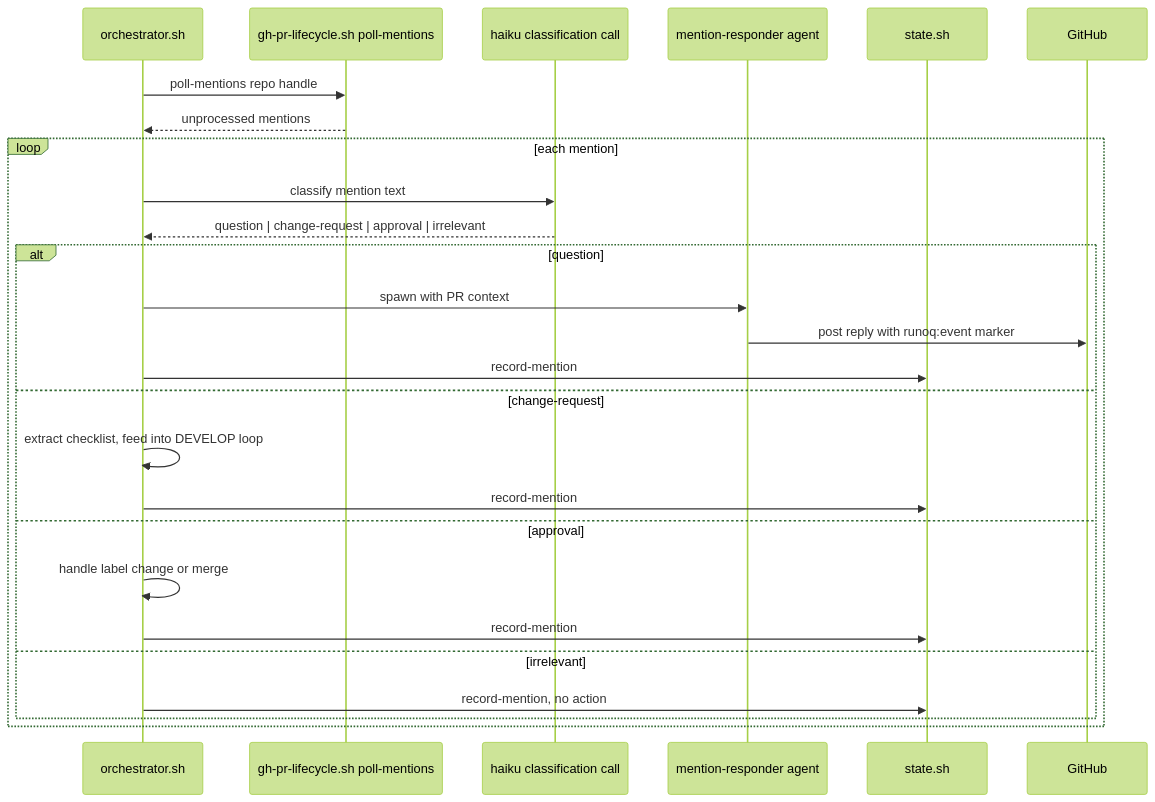
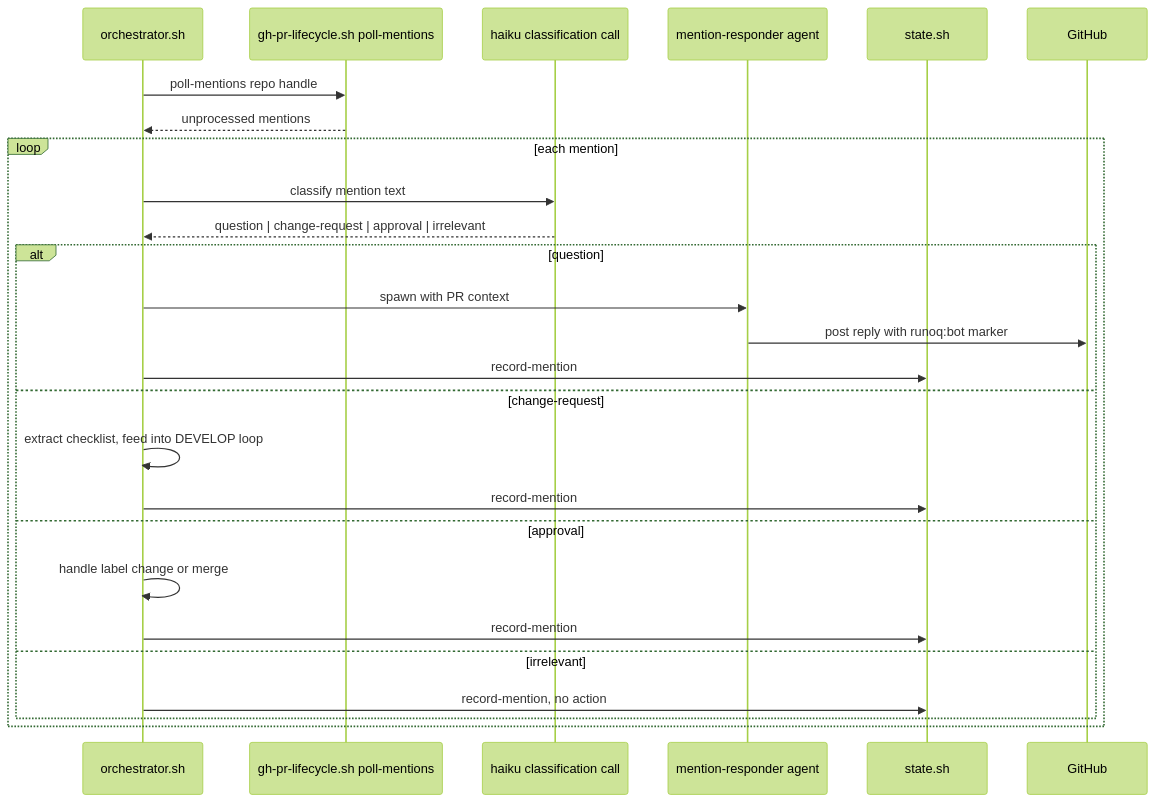
Before and after one commit to morhekil/runoq: the eighth of 9 diagrams in docs/architecture/flows.md, drawn with Mermaid (forest theme). The commit also changed other lines of this file and 33 other files, not shown here.

First line of the commit message:
Replace runoq:event markers with runoq:bot, delete event fallback

````diff
--- a/docs/architecture/flows.md
+++ b/docs/architecture/flows.md
@@ -400,29 +400,29 @@
 ```mermaid
 sequenceDiagram
   participant Orch as orchestrator.sh
   participant Poll as gh-pr-lifecycle.sh poll-mentions
   participant Haiku as haiku classification call
   participant Responder as mention-responder agent
   participant State as state.sh
   participant GH as GitHub
 
   Orch->>Poll: poll-mentions repo handle
   Poll-->>Orch: unprocessed mentions
   loop each mention
     Orch->>Haiku: classify mention text
     Haiku-->>Orch: question | change-request | approval | irrelevant
     alt question
       Orch->>Responder: spawn with PR context
-      Responder->>GH: post reply with runoq:event marker
+      Responder->>GH: post reply with runoq:bot marker
       Orch->>State: record-mention
     else change-request
       Orch->>Orch: extract checklist, feed into DEVELOP loop
       Orch->>State: record-mention
     else approval
       Orch->>Orch: handle label change or merge
       Orch->>State: record-mention
     else irrelevant
       Orch->>State: record-mention, no action
     end
   end
 ```
````
